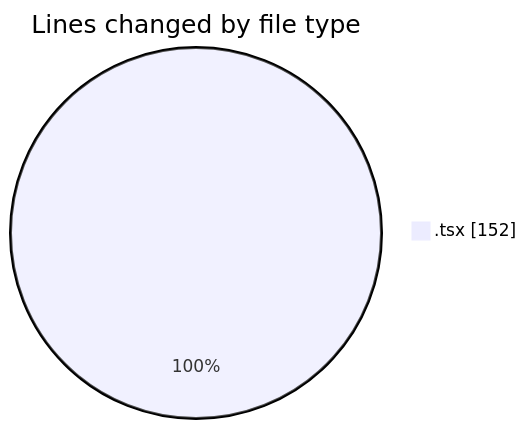
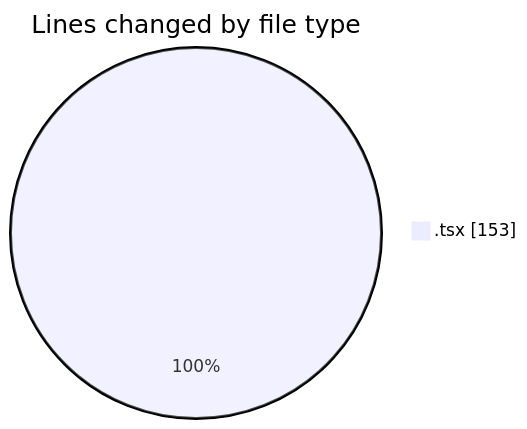
One commit to momahboobian/code-tracking changed the first of 2 diagrams in 2025-02-24/pdf-analysis-app/README.md. Above: the diagram before and after it, drawn with Mermaid. The commit also changed other lines of this file and 1 other file, not shown here.

````diff
--- a/2025-02-24/pdf-analysis-app/README.md
+++ b/2025-02-24/pdf-analysis-app/README.md
@@ -20,5 +20,5 @@
 ```mermaid
 pie showData
 title Lines changed by file type
-".tsx" : 152
+".tsx" : 153
 ```
````
